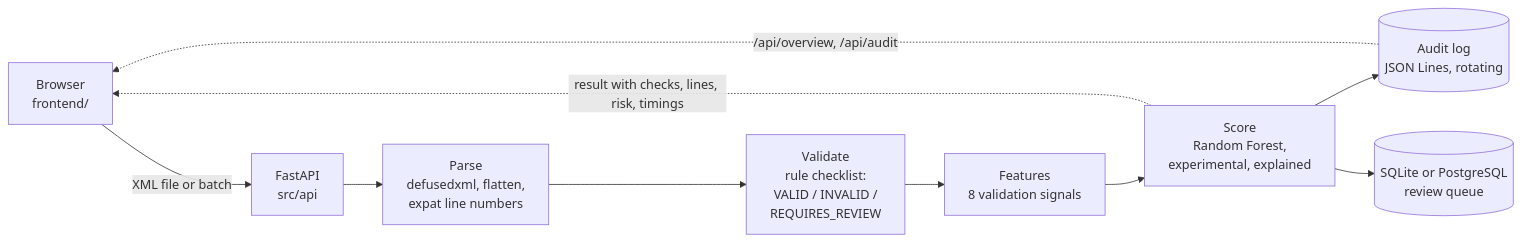
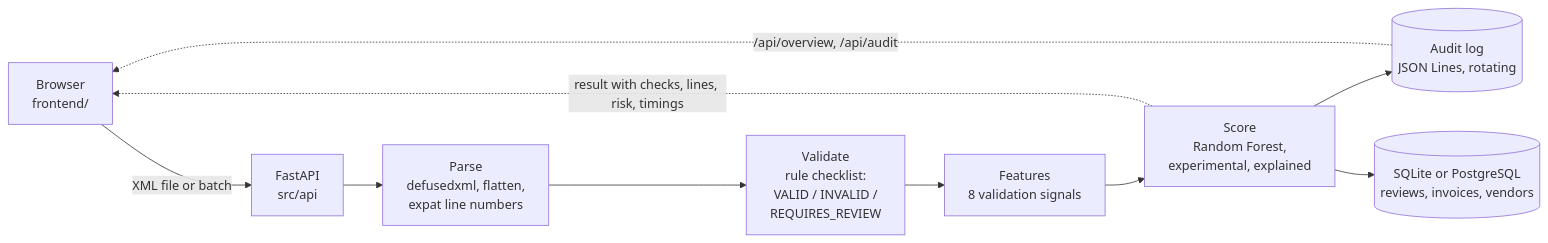
One commit to vishnuatgit/SupplyTrace changed the diagram in README.md. Above: the diagram before and after it, drawn with Mermaid. The commit also changed other lines of this file and 9 other files, not shown here.

````diff
--- a/README.md
+++ b/README.md
@@ -83,12 +83,12 @@
 ```mermaid
 flowchart LR
     U[Browser<br/>frontend/] -->|XML file or batch| API[FastAPI<br/>src/api]
     API --> P[Parse<br/>defusedxml, flatten,<br/>expat line numbers]
     P --> V[Validate<br/>rule checklist:<br/>VALID / INVALID /<br/>REQUIRES_REVIEW]
     V --> F[Features<br/>8 validation signals]
     F --> M[Score<br/>Random Forest,<br/>experimental, explained]
     M --> LOG[(Audit log<br/>JSON Lines, rotating)]
-    M --> DB[(SQLite or PostgreSQL<br/>review queue)]
+    M --> DB[(SQLite or PostgreSQL<br/>reviews, invoices, vendors)]
     M -. result with checks, lines, risk, timings .-> U
     LOG -. /api/overview, /api/audit .-> U
 ```
````
